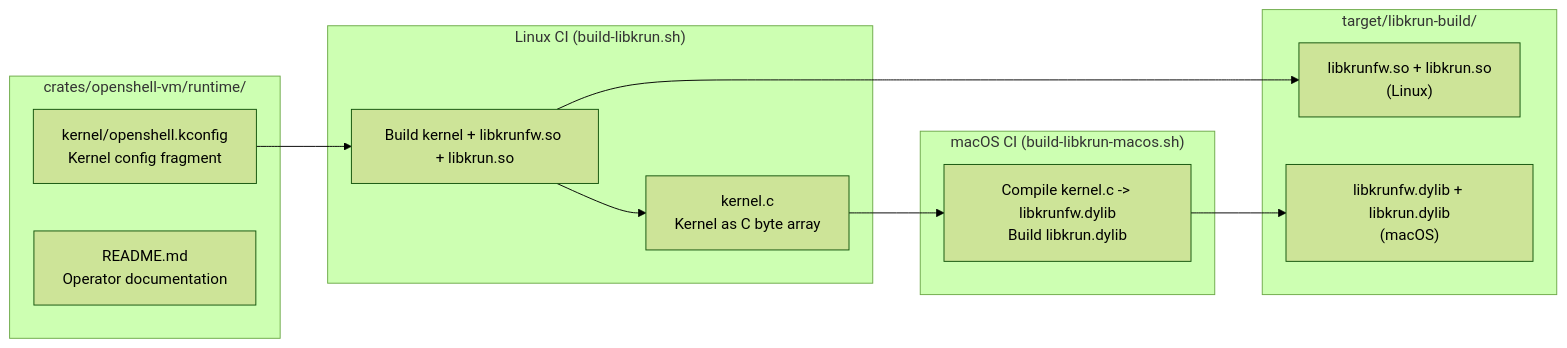
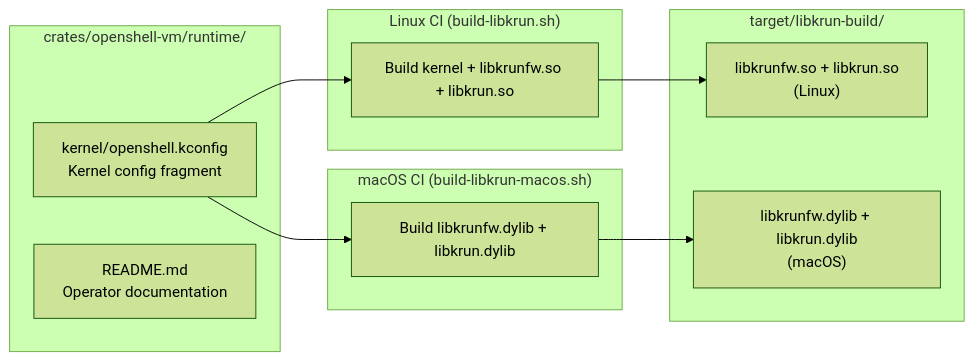
One commit to st-gr/OpenShell changed the second of 3 diagrams in architecture/custom-vm-runtime.md. Above: the diagram before and after it, drawn with Mermaid (forest theme). The commit also changed other lines of this file and 7 other files, not shown here.

Commit message:
fix(vm): resolve PATH shadowing for pyelftools and Cargo in build-libkrun.sh (#806)

````diff
--- a/architecture/custom-vm-runtime.md
+++ b/architecture/custom-vm-runtime.md
@@ -116,27 +116,25 @@
 ```mermaid
 graph LR
     subgraph Source["crates/openshell-vm/runtime/"]
         KCONF["kernel/openshell.kconfig\nKernel config fragment"]
         README["README.md\nOperator documentation"]
     end
 
     subgraph Linux["Linux CI (build-libkrun.sh)"]
         BUILD_L["Build kernel + libkrunfw.so + libkrun.so"]
-        KERNELC["kernel.c\nKernel as C byte array"]
     end
 
     subgraph macOS["macOS CI (build-libkrun-macos.sh)"]
-        BUILD_M["Compile kernel.c -> libkrunfw.dylib\nBuild libkrun.dylib"]
+        BUILD_M["Build libkrunfw.dylib + libkrun.dylib"]
     end
 
     subgraph Output["target/libkrun-build/"]
         LIB_SO["libkrunfw.so + libkrun.so\n(Linux)"]
         LIB_DY["libkrunfw.dylib + libkrun.dylib\n(macOS)"]
     end
 
     KCONF --> BUILD_L
     BUILD_L --> LIB_SO
-    BUILD_L --> KERNELC
-    KERNELC --> BUILD_M
+    KCONF --> BUILD_M
     BUILD_M --> LIB_DY
 ```
````
